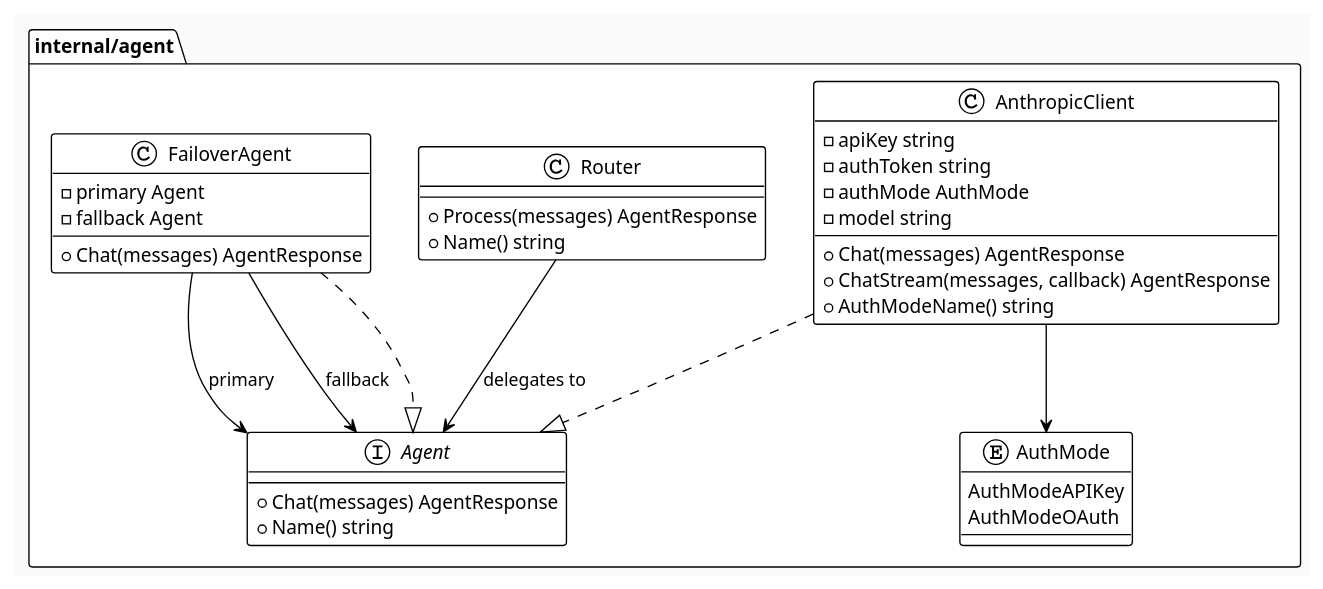
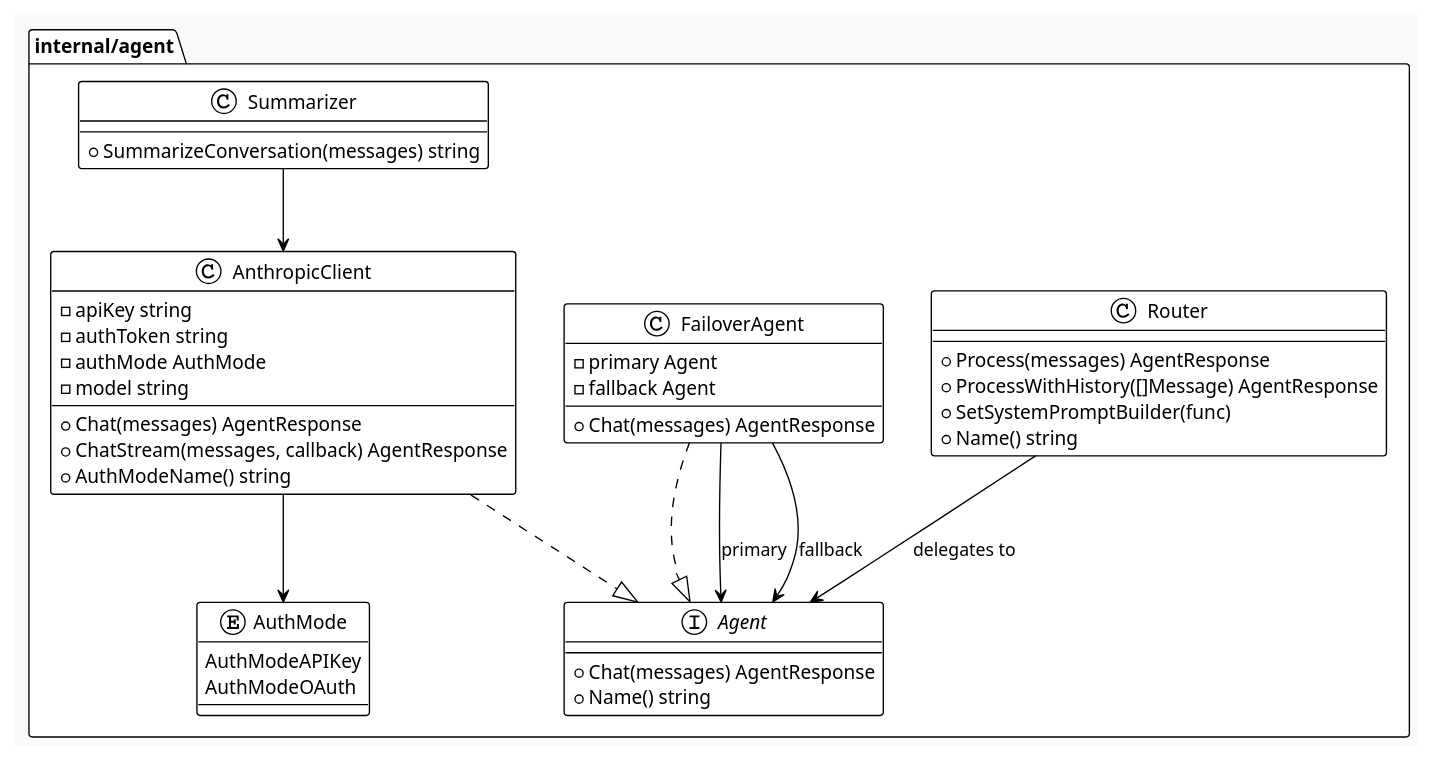
One commit to FeelPulse/feelpulse changed the third of 13 diagrams in docs/architecture.md. Above: the diagram before and after it, drawn with PlantUML. The commit also changed other lines of this file and 3 other files, not shown here.

First line of the commit message:
docs: comprehensive README, TODO, and architecture updates

````diff
--- a/docs/architecture.md
+++ b/docs/architecture.md
@@ -117,46 +149,53 @@
 ```plantuml
 @startuml agent
 !theme plain
 skinparam backgroundColor #FAFAFA
 
 package "internal/agent" {
   class Router {
     +Process(messages) AgentResponse
+    +ProcessWithHistory([]Message) AgentResponse
+    +SetSystemPromptBuilder(func)
     +Name() string
   }
 
   class AnthropicClient {
     -apiKey string
     -authToken string
     -authMode AuthMode
     -model string
     +Chat(messages) AgentResponse
     +ChatStream(messages, callback) AgentResponse
     +AuthModeName() string
   }
 
   class FailoverAgent {
     -primary Agent
     -fallback Agent
     +Chat(messages) AgentResponse
   }
 
+  class Summarizer {
+    +SummarizeConversation(messages) string
+  }
+
   enum AuthMode {
     AuthModeAPIKey
     AuthModeOAuth
   }
 
   interface Agent {
     +Chat(messages) AgentResponse
     +Name() string
   }
 }
 
 Router --> Agent : delegates to
 AnthropicClient ..|> Agent
 FailoverAgent ..|> Agent
 FailoverAgent --> Agent : primary
 FailoverAgent --> Agent : fallback
 AnthropicClient --> AuthMode
+Summarizer --> AnthropicClient
 @enduml
 ```
````
